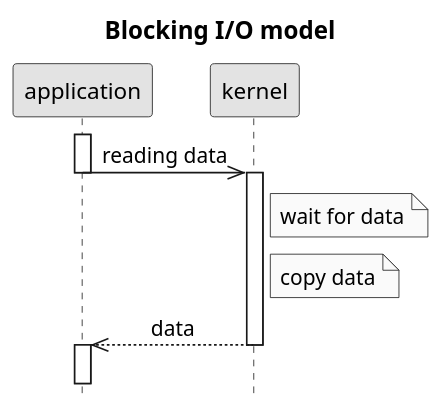
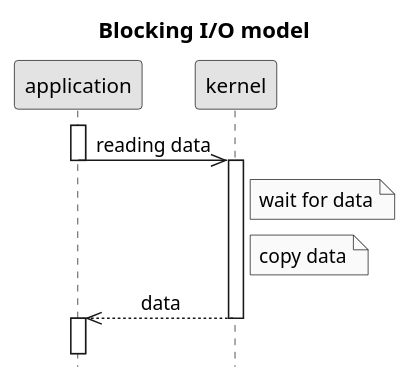
Before and after one commit to c0p4c4b4n4/demo-sockets-io-nio-nio2: the diagram in .images/blocking IO model.puml, drawn with PlantUML. The commit also changed 9 other files, not shown here.

```diff
--- a/.images/blocking IO model.puml
+++ b/.images/blocking IO model.puml
@@ -1,22 +1,22 @@
 @startuml
-scale 1.2
+scale 1.1
 title Blocking I/O model
 hide footbox
 skinparam monochrome true
-skinparam defaultFontName Microsoft Sans Serif
+skinparam defaultFontName Source Sans Pro
 skinparam titleFontSize 15
 skinparam sequenceMessageAlign center
 
 activate application
 application->>kernel: reading data
 deactivate application
 activate kernel
 Note right of kernel: wait for data
 Note right of kernel: copy data
 kernel-->>application: data
 deactivate kernel
 activate application
 
 ||1||
 kernel -[#white]->]
 @enduml
```
